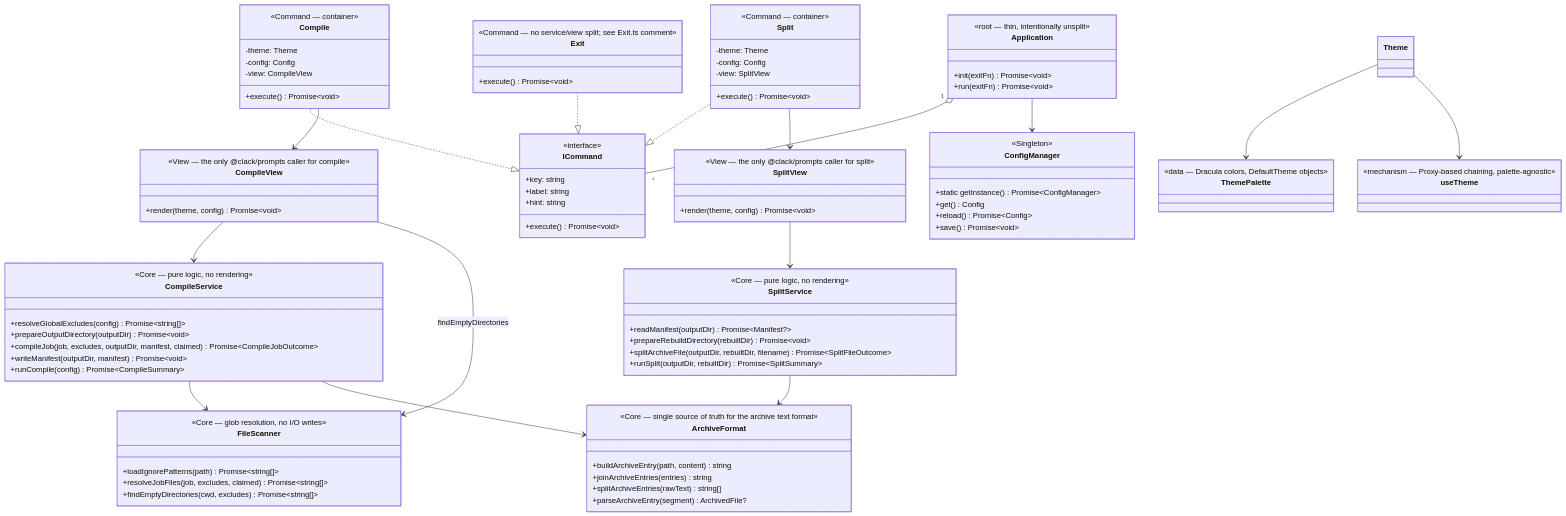
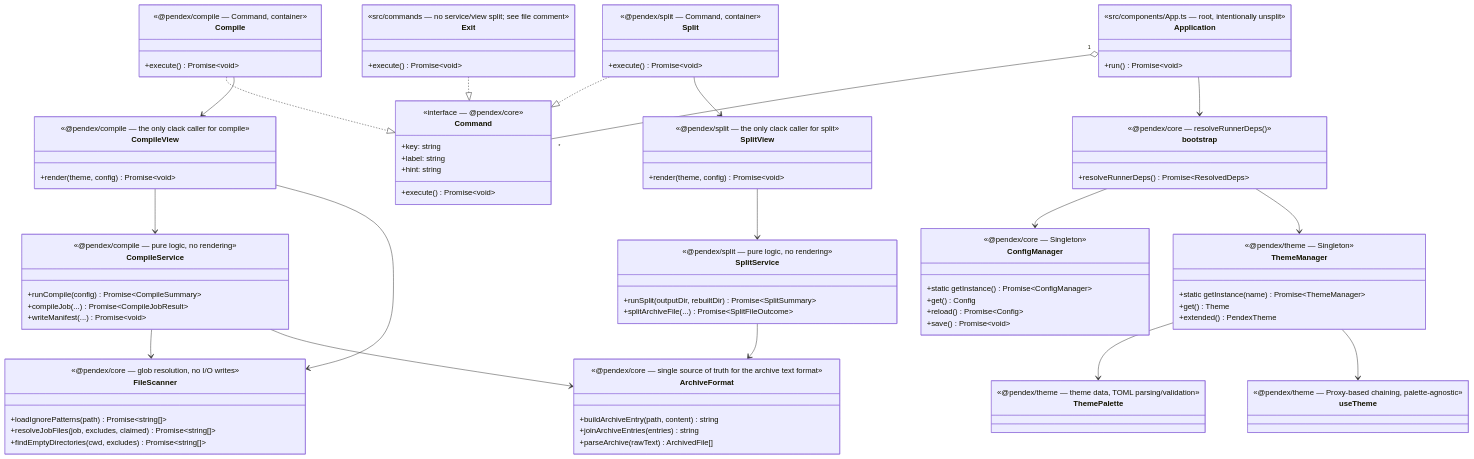
Before and after one commit to Phyxashun/pendex: the diagram in README.md, drawn with Mermaid. The commit also changed other lines of this file and 1 other file, not shown here.

````diff
--- a/README.md
+++ b/README.md
@@ -71,8 +179,8 @@
 classDiagram
     direction TB
 
-    class ICommand {
-        <<interface>>
+    class Command {
+        <<interface — @pendex/core>>
         +key: string
         +label: string
         +hint: string
@@ -80,101 +188,102 @@
     }
 
     class Compile {
-        <<Command — container>>
-        -theme: Theme
-        -config: Config
-        -view: CompileView
+        <<@pendex/compile — Command, container>>
         +execute() Promise~void~
     }
-    Compile ..|> ICommand
+    Compile ..|> Command
     Compile --> CompileView
 
     class Split {
-        <<Command — container>>
-        -theme: Theme
-        -config: Config
-        -view: SplitView
+        <<@pendex/split — Command, container>>
         +execute() Promise~void~
     }
-    Split ..|> ICommand
+    Split ..|> Command
     Split --> SplitView
 
     class Exit {
-        <<Command — no service/view split; see Exit.ts comment>>
+        <<src/commands — no service/view split; see file comment>>
         +execute() Promise~void~
     }
-    Exit ..|> ICommand
+    Exit ..|> Command
 
     class CompileView {
-        <<View — the only @clack/prompts caller for compile>>
+        <<@pendex/compile — the only clack caller for compile>>
         +render(theme, config) Promise~void~
     }
     CompileView --> CompileService
-    CompileView --> FileScanner : findEmptyDirectories
+    CompileView --> FileScanner
 
     class SplitView {
-        <<View — the only @clack/prompts caller for split>>
+        <<@pendex/split — the only clack caller for split>>
         +render(theme, config) Promise~void~
     }
     SplitView --> SplitService
 
     class CompileService {
-        <<Core — pure logic, no rendering>>
-        +resolveGlobalExcludes(config) Promise~string[]~
-        +prepareOutputDirectory(outputDir) Promise~void~
-        +compileJob(job, excludes, outputDir, manifest, claimed) Promise~CompileJobOutcome~
-        +writeManifest(outputDir, manifest) Promise~void~
+        <<@pendex/compile — pure logic, no rendering>>
         +runCompile(config) Promise~CompileSummary~
+        +compileJob(...) Promise~CompileJobResult~
+        +writeManifest(...) Promise~void~
     }
     CompileService --> FileScanner
     CompileService --> ArchiveFormat
 
     class SplitService {
-        <<Core — pure logic, no rendering>>
-        +readManifest(outputDir) Promise~Manifest?~
-        +prepareRebuildDirectory(rebuiltDir) Promise~void~
-        +splitArchiveFile(outputDir, rebuiltDir, filename) Promise~SplitFileOutcome~
+        <<@pendex/split — pure logic, no rendering>>
         +runSplit(outputDir, rebuiltDir) Promise~SplitSummary~
+        +splitArchiveFile(...) Promise~SplitFileOutcome~
     }
     SplitService --> ArchiveFormat
 
     class FileScanner {
-        <<Core — glob resolution, no I/O writes>>
+        <<@pendex/core — glob resolution, no I/O writes>>
         +loadIgnorePatterns(path) Promise~string[]~
         +resolveJobFiles(job, excludes, claimed) Promise~string[]~
         +findEmptyDirectories(cwd, excludes) Promise~string[]~
     }
 
     class ArchiveFormat {
-        <<Core — single source of truth for the archive text format>>
+        <<@pendex/core — single source of truth for the archive text format>>
         +buildArchiveEntry(path, content) string
         +joinArchiveEntries(entries) string
-        +splitArchiveEntries(rawText) string[]
-        +parseArchiveEntry(segment) ArchivedFile?
+        +parseArchive(rawText) ArchivedFile[]
     }
 
     class ConfigManager {
-        <<Singleton>>
+        <<@pendex/core — Singleton>>
         +static getInstance() Promise~ConfigManager~
         +get() Config
         +reload() Promise~Config~
         +save() Promise~void~
     }
 
+    class bootstrap {
+        <<@pendex/core — resolveRunnerDeps()>>
+        +resolveRunnerDeps() Promise~ResolvedDeps~
+    }
+    bootstrap --> ConfigManager
+    bootstrap --> ThemeManager
+
     class Application {
-        <<root — thin, intentionally unsplit>>
-        +init(exitFn) Promise~void~
-        +run(exitFn) Promise~void~
+        <<src/components/App.ts — root, intentionally unsplit>>
+        +run() Promise~void~
     }
-    Application "1" o-- "*" ICommand
-    Application --> ConfigManager
+    Application "1" o-- "*" Command
+    Application --> bootstrap
 
+    class ThemeManager {
+        <<@pendex/theme — Singleton>>
+        +static getInstance(name) Promise~ThemeManager~
+        +get() Theme
+        +extended() PendexTheme
+    }
     class ThemePalette {
-        <<data — Dracula colors, DefaultTheme objects>>
+        <<@pendex/theme — theme data, TOML parsing/validation>>
     }
     class useTheme {
-        <<mechanism — Proxy-based chaining, palette-agnostic>>
+        <<@pendex/theme — Proxy-based chaining, palette-agnostic>>
     }
-    Theme --> ThemePalette
-    Theme --> useTheme
+    ThemeManager --> ThemePalette
+    ThemeManager --> useTheme
 ```
````
